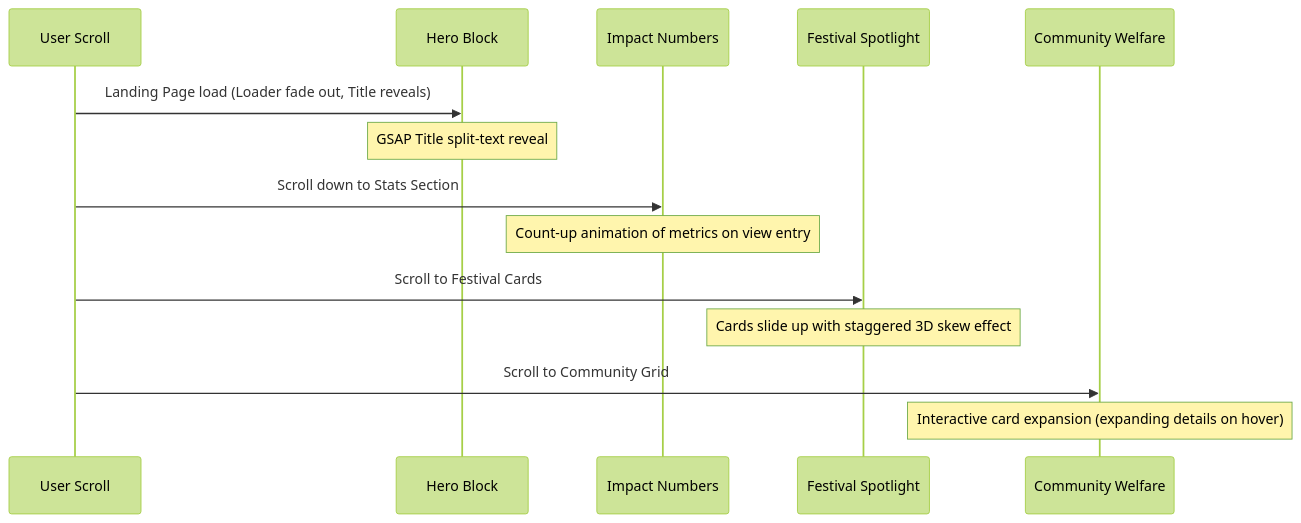
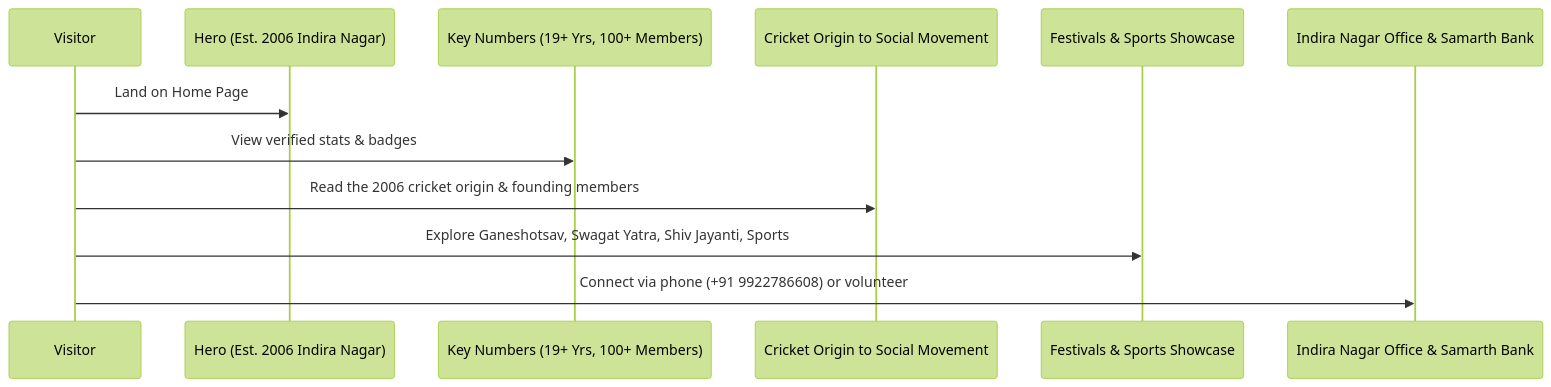
The second of 2 diagrams in docs/brain.md (avhadenterprices11/shri-pratisthan), drawn with Mermaid (forest theme) before and after one commit. The commit also changed other lines of this file and 90 other files, not shown here.

````diff
--- a/docs/brain.md
+++ b/docs/brain.md
@@ -80,17 +89,15 @@
 ```mermaid
 sequenceDiagram
-    participant User as User Scroll
-    participant Hero as Hero Block
-    participant Stats as Impact Numbers
-    participant Fest as Festival Spotlight
-    participant Social as Community Welfare
+    participant User as Visitor
+    participant Hero as Hero (Est. 2006 Indira Nagar)
+    participant Stats as Key Numbers (19+ Yrs, 100+ Members)
+    participant Story as Cricket Origin to Social Movement
+    participant Events as Festivals & Sports Showcase
+    participant Contact as Indira Nagar Office & Samarth Bank
     
-    User->>Hero: Landing Page load (Loader fade out, Title reveals)
-    Note over Hero: GSAP Title split-text reveal
-    User->>Stats: Scroll down to Stats Section
-    Note over Stats: Count-up animation of metrics on view entry
-    User->>Fest: Scroll to Festival Cards
-    Note over Fest: Cards slide up with staggered 3D skew effect
-    User->>Social: Scroll to Community Grid
-    Note over Social: Interactive card expansion (expanding details on hover)
+    User->>Hero: Land on Home Page
+    User->>Stats: View verified stats & badges
+    User->>Story: Read the 2006 cricket origin & founding members
+    User->>Events: Explore Ganeshotsav, Swagat Yatra, Shiv Jayanti, Sports
+    User->>Contact: Connect via phone (+91 9922786608) or volunteer
 ```
````
